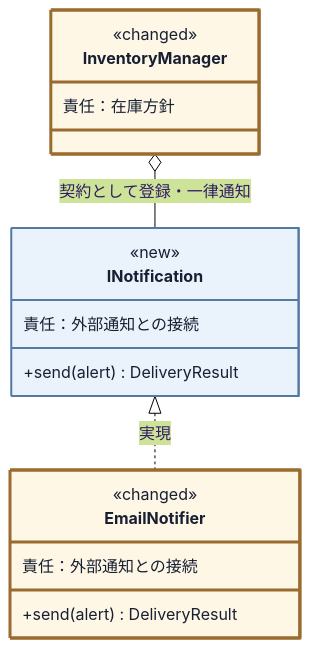
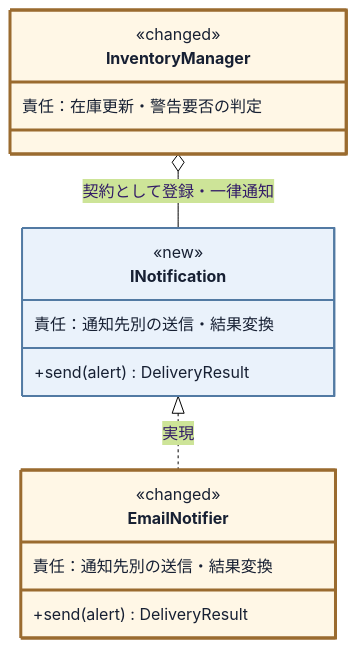
Before and after one commit to kumachan1101-pixel/DesignPattern: the tenth of 18 diagrams in kindle/design-patterns/books/volume01-core-patterns/output/05-chapter03.md, drawn with Mermaid (forest theme). The commit also changed other lines of this file and 17 other files, not shown here.

````diff
--- a/kindle/design-patterns/books/volume01-core-patterns/output/05-chapter03.md
+++ b/kindle/design-patterns/books/volume01-core-patterns/output/05-chapter03.md
@@ -1638,24 +1572,24 @@
 ```mermaid
 classDiagram
     direction TB
     class InventoryManager:::touched {
         <<changed>>
-        責任：在庫方針
+        責任：在庫更新・警告要否の判定
     }
     class INotification:::added {
         <<new>>
         <<interface>>
-        責任：外部通知との接続
+        責任：通知先別の送信・結果変換
         +send(alert) DeliveryResult
     }
     class EmailNotifier:::touched {
         <<changed>>
-        責任：外部通知との接続
+        責任：通知先別の送信・結果変換
         +send(alert) DeliveryResult
     }
     InventoryManager o-- INotification : 契約として登録・一律通知
     INotification <|.. EmailNotifier : 実現
 
     classDef added fill:#eaf2fb,stroke:#527aa3,stroke-width:2px,color:#172033;
     classDef touched fill:#fff7e6,stroke:#9a6b2f,stroke-width:3px,color:#172033;
 ```
````
